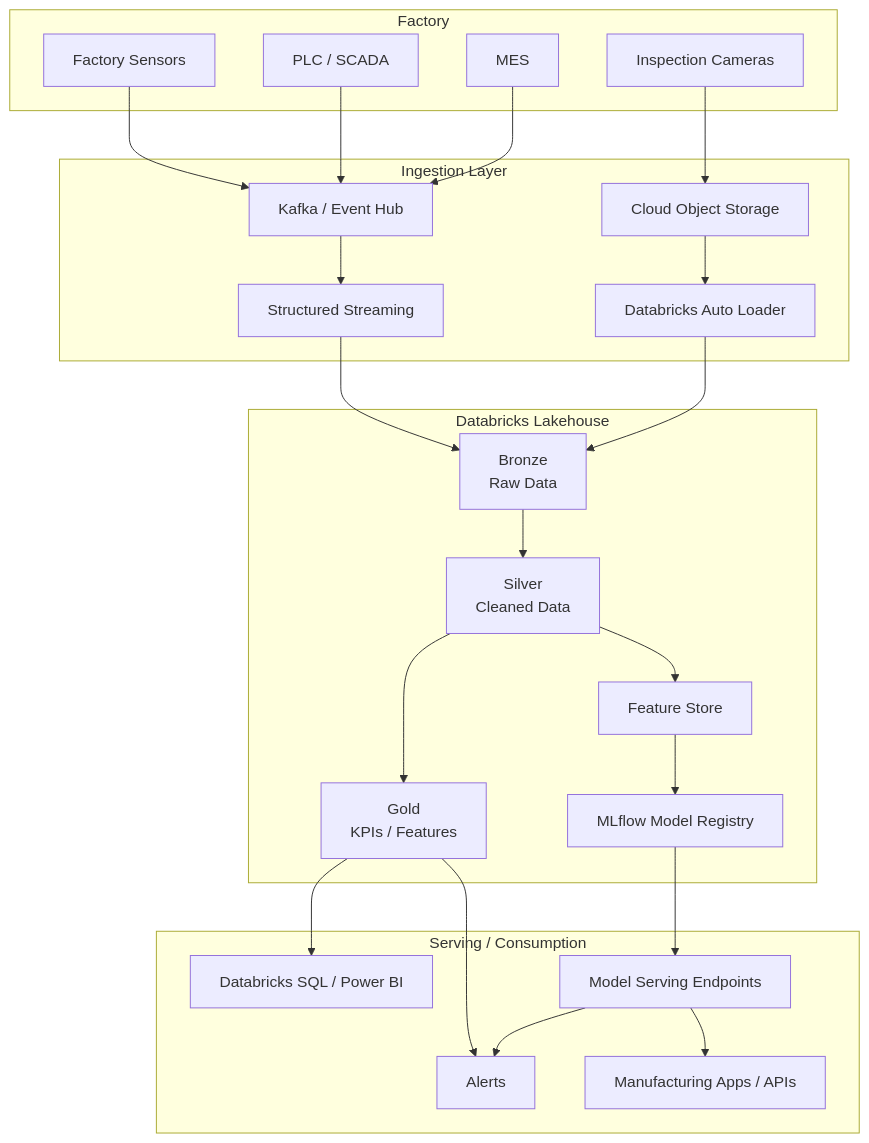
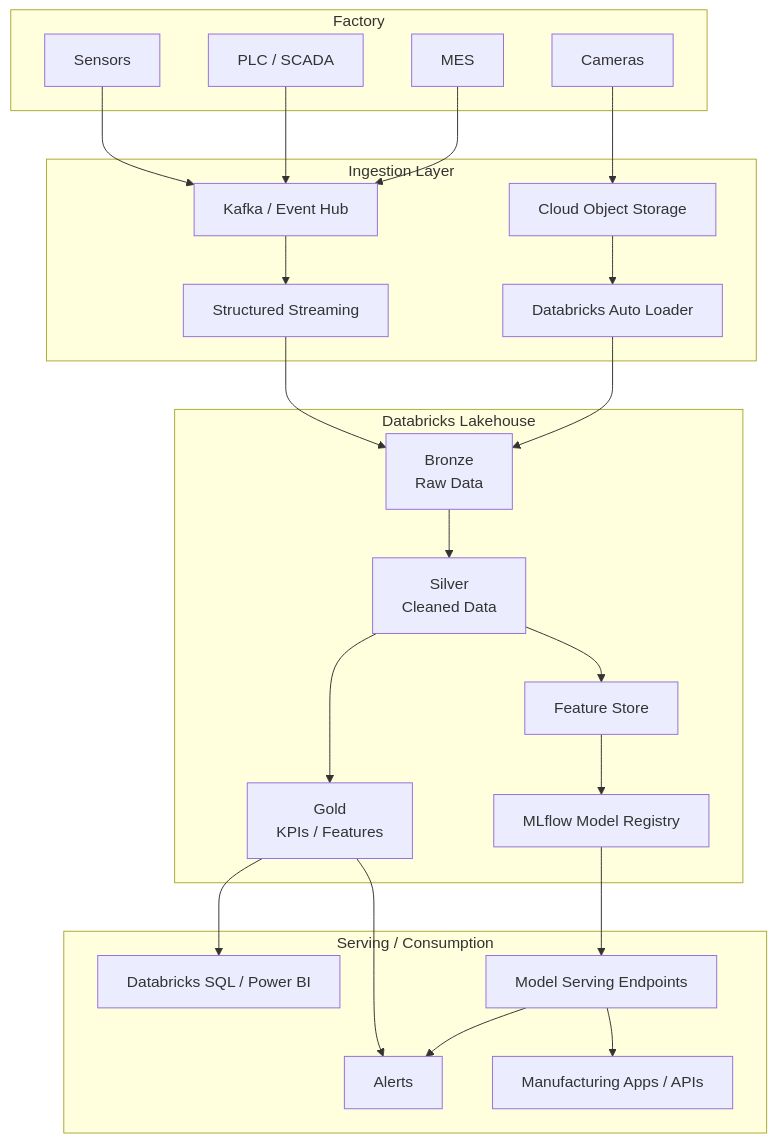
The diagram in README.md (SOLVERIGHT/smart-manufacturing), drawn with Mermaid before and after one commit.

````diff
--- a/README.md
+++ b/README.md
@@ -3,59 +3,59 @@
 ```mermaid
 flowchart TB
 
     %% External factory systems
     subgraph Factory["Factory"]
-        Sensors["Factory Sensors"]
+        Sensors["Sensors"]
         PLC["PLC / SCADA"]
         MES["MES"]
-        Cameras["Inspection Cameras"]
+        Cameras["Cameras"]
     end
 
     %% Ingestion layer
     subgraph Ingestion["Ingestion Layer"]
         Kafka["Kafka / Event Hub"]
         ObjectStorage["Cloud Object Storage"]
         AutoLoader["Databricks Auto Loader"]
         Streaming["Structured Streaming"]
     end
 
     %% Lakehouse layer
     subgraph Lakehouse["Databricks Lakehouse"]
         Bronze["Bronze<br/>Raw Data"]
         Silver["Silver<br/>Cleaned Data"]
         Gold["Gold<br/>KPIs / Features"]
         FeatureStore["Feature Store"]
         MLflow["MLflow Model Registry"]
     end
 
     %% Serving layer
     subgraph Serving["Serving / Consumption"]
         Dashboards["Databricks SQL / Power BI"]
         Alerts["Alerts"]
         ModelServing["Model Serving Endpoints"]
         Apps["Manufacturing Apps / APIs"]
     end
 
     Sensors --> Kafka
     PLC --> Kafka
     MES --> Kafka
     Cameras --> ObjectStorage
 
     Kafka --> Streaming
     ObjectStorage --> AutoLoader
 
     Streaming --> Bronze
     AutoLoader --> Bronze
 
     Bronze --> Silver
     Silver --> Gold
     Silver --> FeatureStore
 
     FeatureStore --> MLflow
     MLflow --> ModelServing
 
     Gold --> Dashboards
     Gold --> Alerts
     ModelServing --> Apps
     ModelServing --> Alerts
 ```
````
